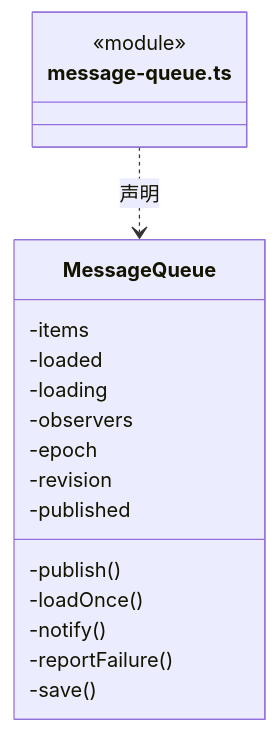
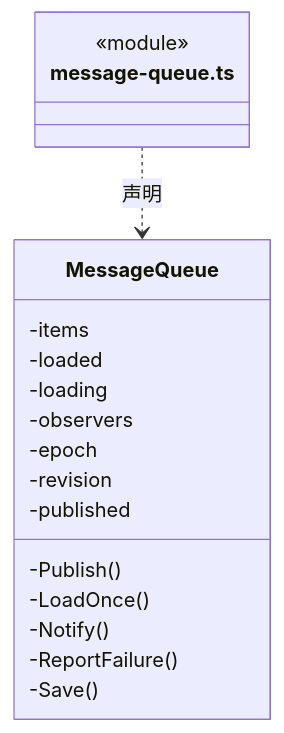
One commit to nan023062/cbim changed the ninth of 12 diagrams in src/logic/conversation/runtime/ARCHITECTURE.md. Above: the diagram before and after it, drawn with Mermaid. The commit also changed other lines of this file and 1035 other files, not shown here.

````diff
--- a/src/logic/conversation/runtime/ARCHITECTURE.md
+++ b/src/logic/conversation/runtime/ARCHITECTURE.md
@@ -276,21 +276,21 @@
 ```mermaid
 classDiagram
 class N_src_logic_conversation_runtime_message_queue_ts["message-queue.ts"] {
   <<module>>
 }
 class N_src_logic_conversation_runtime_message_queue_ts_MessageQueue["MessageQueue"] {
   -items
   -loaded
   -loading
   -observers
   -epoch
   -revision
   -published
-  -publish()
-  -loadOnce()
-  -notify()
-  -reportFailure()
-  -save()
+  -Publish()
+  -LoadOnce()
+  -Notify()
+  -ReportFailure()
+  -Save()
 }
 N_src_logic_conversation_runtime_message_queue_ts ..> N_src_logic_conversation_runtime_message_queue_ts_MessageQueue : 声明
 ```
````
